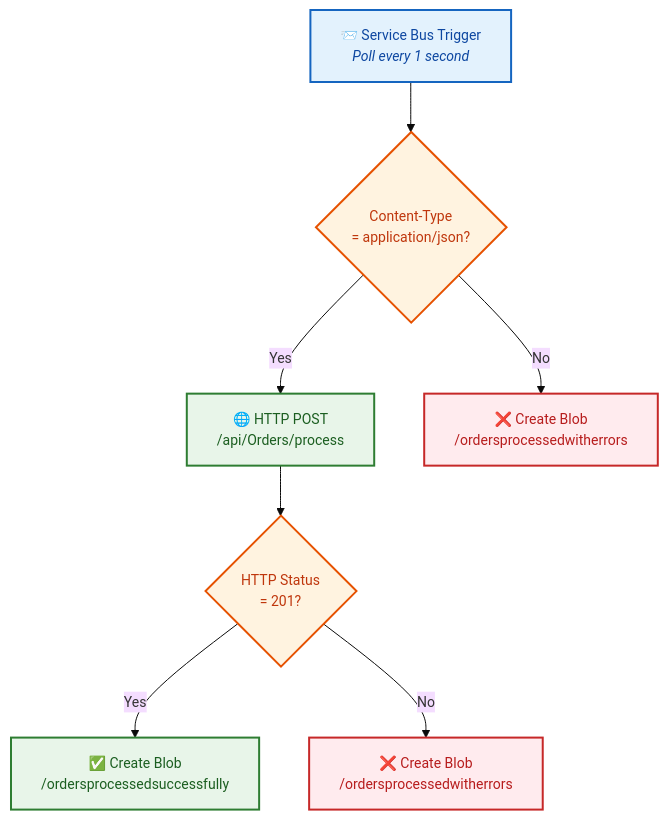
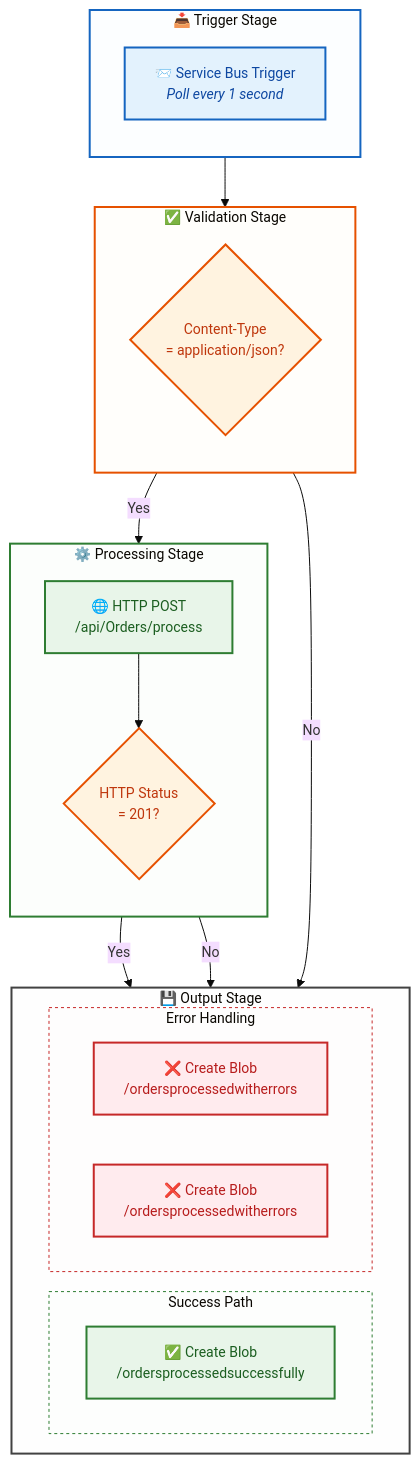
One commit to Evilazaro/Azure-LogicApps-Monitoring changed the fourth of 5 diagrams in docs/architecture/03-application-architecture.md. Above: the diagram before and after it, drawn with Mermaid. The commit also changed other lines of this file, not shown here.

Commit message:
Refactor application architecture diagrams with improved subgraph organization and styling for enhanced clarity and visual grouping

````diff
--- a/docs/architecture/03-application-architecture.md
+++ b/docs/architecture/03-application-architecture.md
@@ -264,33 +316,56 @@
 ```mermaid
 %%{init: {'theme': 'base', 'themeVariables': { 'fontSize': '14px'}}}%%
 flowchart TD
-    Trigger["📨 Service Bus Trigger<br/><i>Poll every 1 second</i>"]
+    subgraph TriggerStage["📥 Trigger Stage"]
+        direction TB
+        Trigger["📨 Service Bus Trigger<br/><i>Poll every 1 second</i>"]
+    end
     
-    Condition1{"Content-Type<br/>= application/json?"}
+    subgraph ValidationStage["✅ Validation Stage"]
+        direction TB
+        Condition1{"Content-Type<br/>= application/json?"}
+    end
     
-    HTTP["🌐 HTTP POST<br/>/api/Orders/process"]
+    subgraph ProcessingStage["⚙️ Processing Stage"]
+        direction TB
+        HTTP["🌐 HTTP POST<br/>/api/Orders/process"]
+        Condition2{"HTTP Status<br/>= 201?"}
+    end
     
-    Condition2{"HTTP Status<br/>= 201?"}
-    
-    SuccessBlob["✅ Create Blob<br/>/ordersprocessedsuccessfully"]
-    ErrorBlob1["❌ Create Blob<br/>/ordersprocessedwitherrors"]
-    ErrorBlob2["❌ Create Blob<br/>/ordersprocessedwitherrors"]
+    subgraph OutputStage["💾 Output Stage"]
+        direction LR
+        subgraph Success["Success Path"]
+            SuccessBlob["✅ Create Blob<br/>/ordersprocessedsuccessfully"]
+        end
+        subgraph ErrorHandling["Error Handling"]
+            ErrorBlob1["❌ Create Blob<br/>/ordersprocessedwitherrors"]
+            ErrorBlob2["❌ Create Blob<br/>/ordersprocessedwitherrors"]
+        end
+    end
 
     Trigger --> Condition1
     Condition1 -->|"Yes"| HTTP
     Condition1 -->|"No"| ErrorBlob2
     HTTP --> Condition2
     Condition2 -->|"Yes"| SuccessBlob
     Condition2 -->|"No"| ErrorBlob1
 
     %% Accessible color palette for workflow states
     classDef trigger fill:#e3f2fd,stroke:#1565c0,stroke-width:2px,color:#0d47a1
     classDef condition fill:#fff3e0,stroke:#e65100,stroke-width:2px,color:#bf360c
     classDef success fill:#e8f5e9,stroke:#2e7d32,stroke-width:2px,color:#1b5e20
     classDef errorState fill:#ffebee,stroke:#c62828,stroke-width:2px,color:#b71c1c
 
     class Trigger trigger
     class Condition1,Condition2 condition
     class HTTP,SuccessBlob success
     class ErrorBlob1,ErrorBlob2 errorState
+
+    %% Subgraph container styling
+    style TriggerStage fill:#e3f2fd22,stroke:#1565c0,stroke-width:2px
+    style ValidationStage fill:#fff3e022,stroke:#e65100,stroke-width:2px
+    style ProcessingStage fill:#e8f5e922,stroke:#2e7d32,stroke-width:2px
+    style OutputStage fill:#f5f5f522,stroke:#424242,stroke-width:2px
+    style Success fill:#e8f5e911,stroke:#2e7d32,stroke-width:1px,stroke-dasharray:3
+    style ErrorHandling fill:#ffebee11,stroke:#c62828,stroke-width:1px,stroke-dasharray:3
 ```
````
